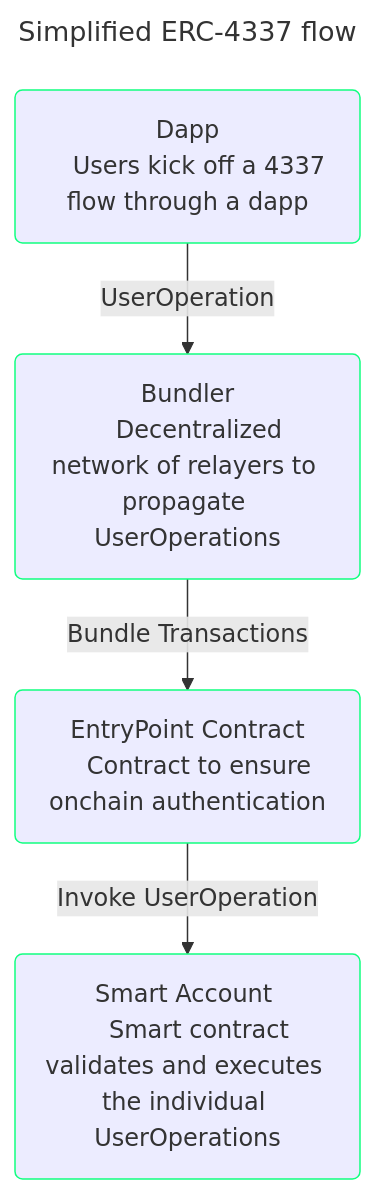
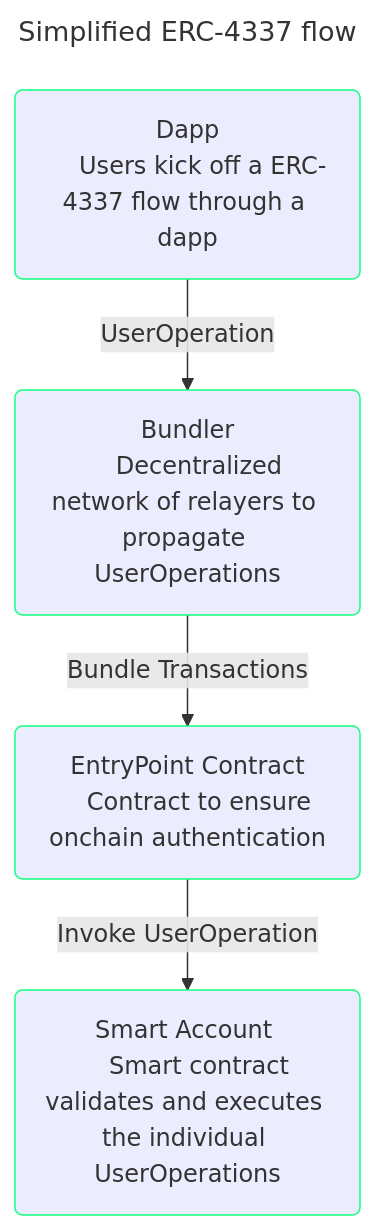
The diagram in pages/home/4337-overview.mdx (safe-global/safe-docs), drawn with Mermaid before and after one commit.

````diff
--- a/pages/home/4337-overview.mdx
+++ b/pages/home/4337-overview.mdx
@@ -10,17 +10,17 @@
 ``` mermaid
 ---
 title: Simplified ERC-4337 flow
 ---
 flowchart TD
     A(Dapp
-    Users kick off a 4337 flow through a dapp) -->|UserOperation| B(Bundler
+    Users kick off a ERC-4337 flow through a dapp) -->|UserOperation| B(Bundler
     Decentralized network of relayers to propagate UserOperations)
     B -->|Bundle Transactions| C(EntryPoint Contract
     Contract to ensure onchain authentication)
     C -->|Invoke UserOperation| D(Smart Account 
     Smart contract validates and executes the individual UserOperations)
     style A stroke:#12ff80
     style B stroke:#12ff80
     style C stroke:#12ff80
     style D stroke:#12ff80
 ```
````
